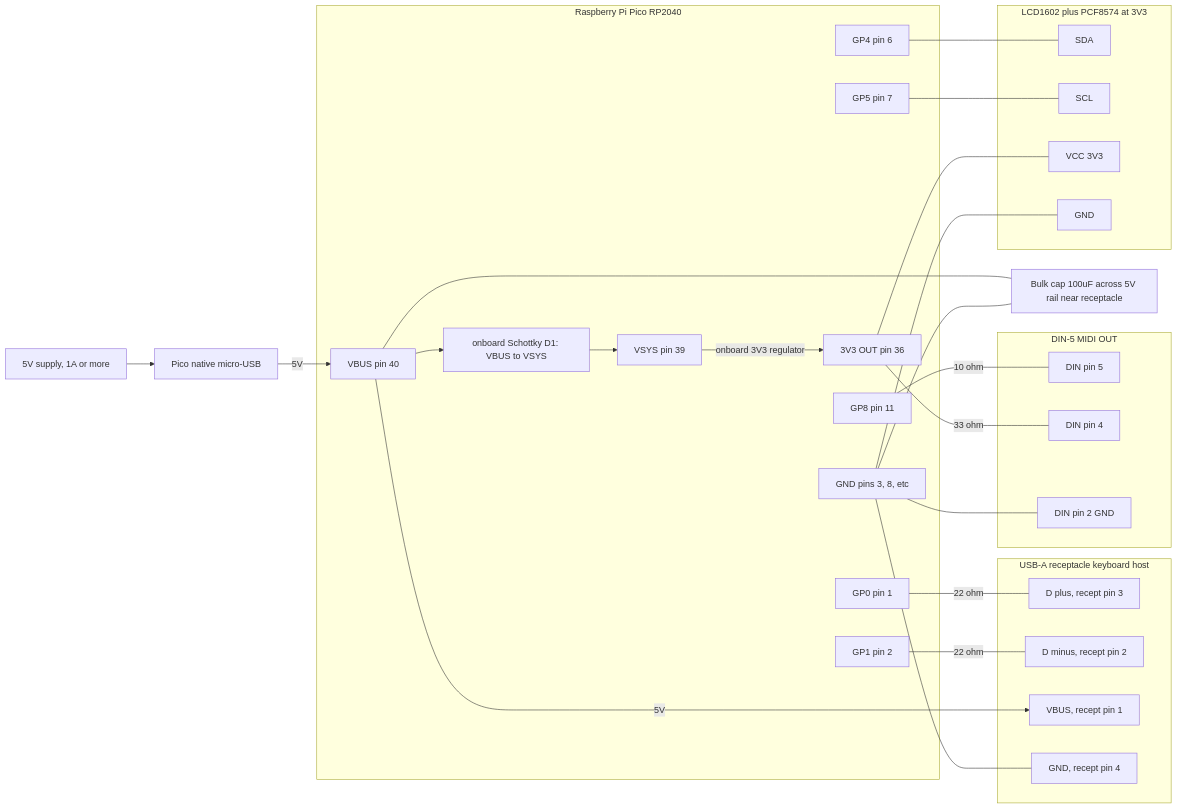
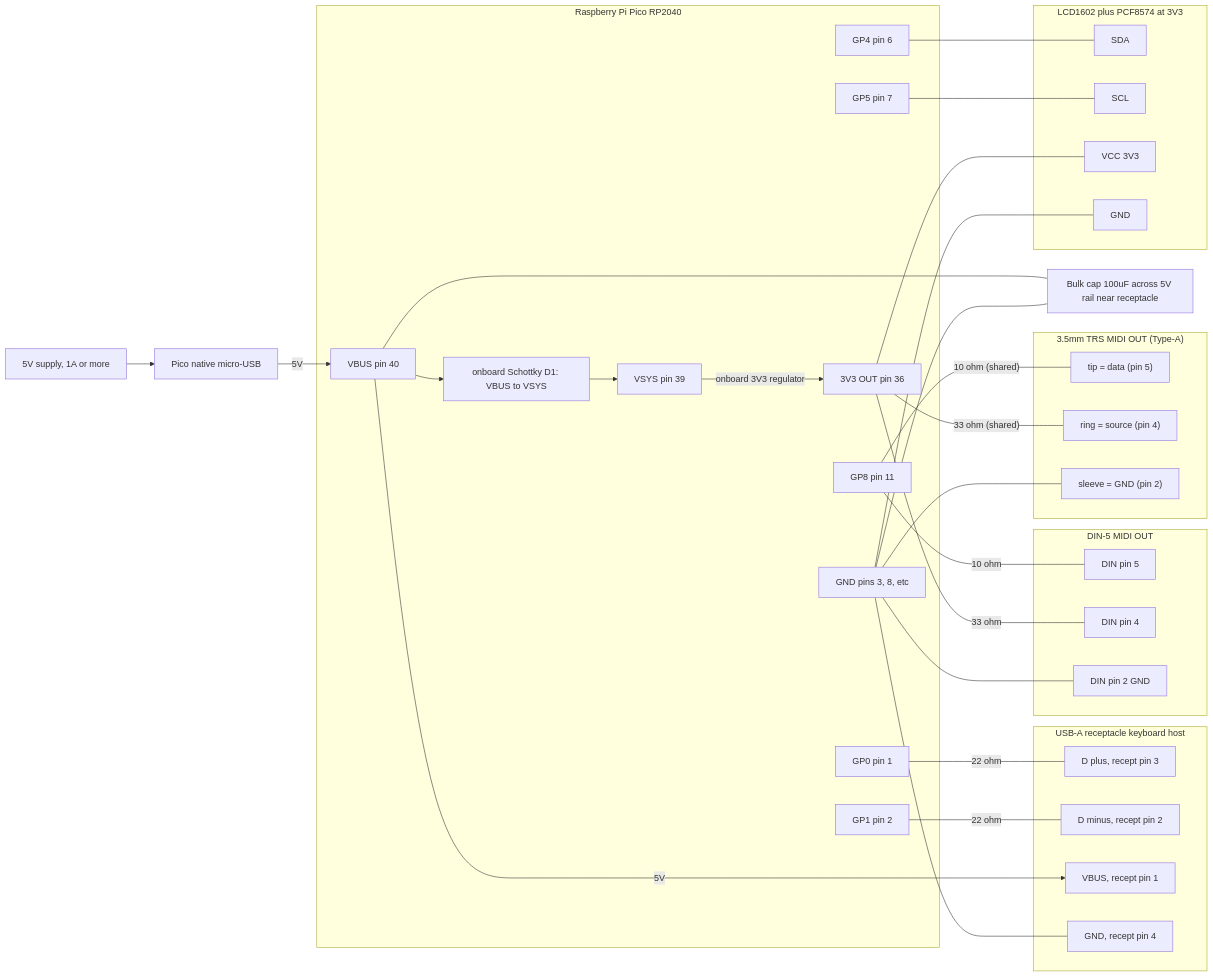
The diagram in docs/wiring.md (t-bowzer/KCPico), drawn with Mermaid before and after one commit. The commit also changed other lines of this file and 2 other files, not shown here.

Commit message:
M12: TRS MIDI out + power switch wiring/spec docs

````diff
--- a/docs/wiring.md
+++ b/docs/wiring.md
@@ -22,62 +22,72 @@
 ```mermaid
 flowchart LR
     SRC["5V supply, 1A or more"]
     USBC["Pico native micro-USB"]
 
     subgraph PICO["Raspberry Pi Pico RP2040"]
         VBUS["VBUS pin 40"]
         D1["onboard Schottky D1: VBUS to VSYS"]
         VSYS["VSYS pin 39"]
         V33["3V3 OUT pin 36"]
         GND["GND pins 3, 8, etc"]
         GP0["GP0 pin 1"]
         GP1["GP1 pin 2"]
         GP4["GP4 pin 6"]
         GP5["GP5 pin 7"]
         GP8["GP8 pin 11"]
     end
 
     subgraph KBD["USB-A receptacle keyboard host"]
         KDP["D plus, recept pin 3"]
         KDM["D minus, recept pin 2"]
         KVB["VBUS, recept pin 1"]
         KGN["GND, recept pin 4"]
     end
 
     subgraph DIN["DIN-5 MIDI OUT"]
         D5["DIN pin 5"]
         D4["DIN pin 4"]
         D2["DIN pin 2 GND"]
     end
 
+    subgraph TRS["3.5mm TRS MIDI OUT (Type-A)"]
+        TIP["tip = data (pin 5)"]
+        RING["ring = source (pin 4)"]
+        SLEEVE["sleeve = GND (pin 2)"]
+    end
+
     subgraph LCD["LCD1602 plus PCF8574 at 3V3"]
         LSDA["SDA"]
         LSCL["SCL"]
         LVCC["VCC 3V3"]
         LGND["GND"]
     end
 
     CAP["Bulk cap 100uF across 5V rail near receptacle"]
 
     SRC --> USBC
     USBC -->|"5V"| VBUS
     VBUS --> D1
     D1 --> VSYS
     VSYS -->|"onboard 3V3 regulator"| V33
     VBUS -->|"5V"| KVB
     GND --- KGN
     VBUS --- CAP
     GND --- CAP
 
     GP0 ---|"22 ohm"| KDP
     GP1 ---|"22 ohm"| KDM
 
     GP8 ---|"10 ohm"| D5
     V33 ---|"33 ohm"| D4
     GND --- D2
 
+    GP8 ---|"10 ohm (shared)"| TIP
+    V33 ---|"33 ohm (shared)"| RING
+    GND --- SLEEVE
+
     GP4 --- LSDA
     GP5 --- LSCL
     V33 --- LVCC
     GND --- LGND
 ```
````
